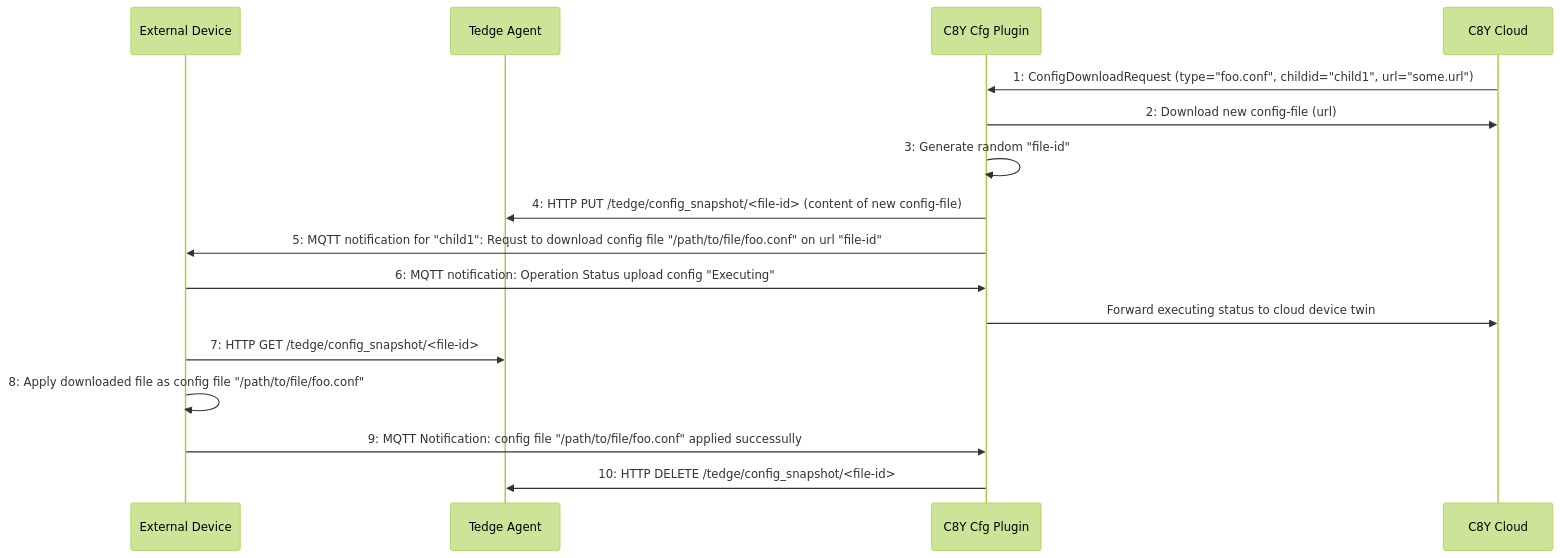
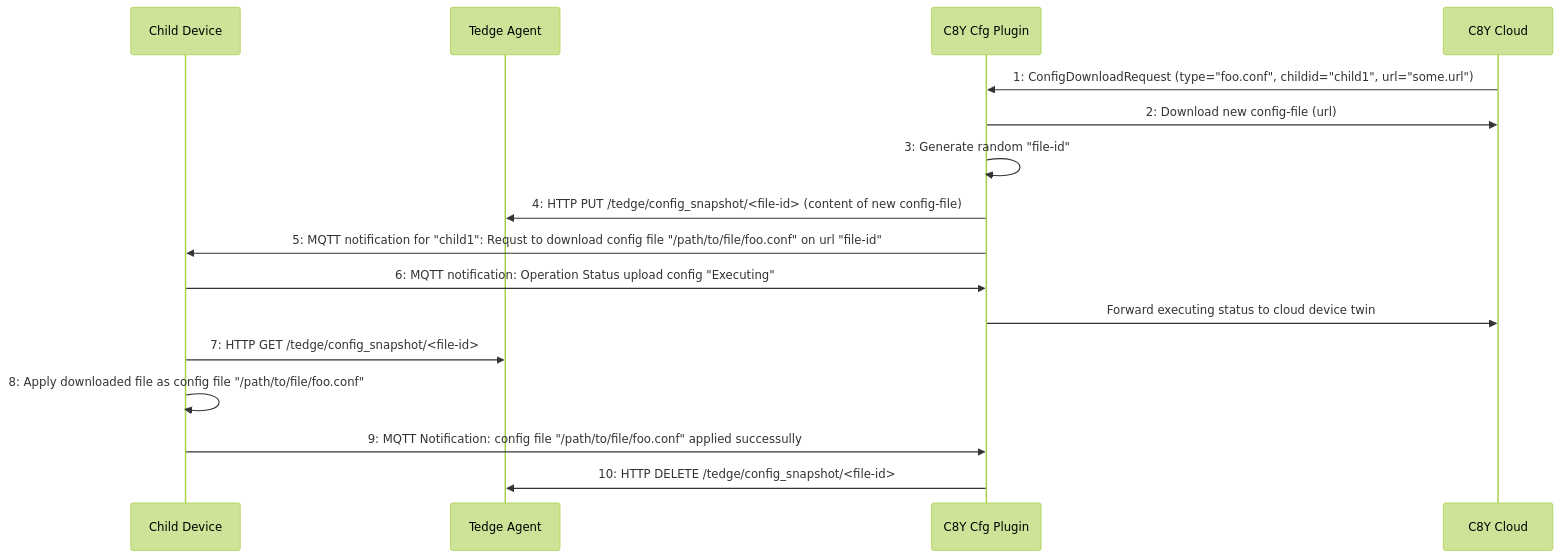
Before and after one commit to thin-edge/thin-edge.io: the second of 2 diagrams in docs/src/references/c8y-configuration-management.md, drawn with Mermaid (forest theme). The commit also changed other lines of this file, not shown here.

Commit message:
Replace 'External Device' with 'Child Device'

````diff
--- a/docs/src/references/c8y-configuration-management.md
+++ b/docs/src/references/c8y-configuration-management.md
@@ -363,24 +363,24 @@
 ```mermaid
 sequenceDiagram
-    participant External Device
+    participant Child Device
     participant Tedge Agent
     participant C8Y Cfg Plugin
     participant C8Y Cloud
     
 
         C8Y Cloud->>C8Y Cfg Plugin: 1: ConfigDownloadRequest (type="foo.conf", childid="child1", url="some.url")
         C8Y Cfg Plugin->>C8Y Cloud: 2: Download new config-file (url)
 
         C8Y Cfg Plugin->>C8Y Cfg Plugin: 3: Generate random "file-id"     
         C8Y Cfg Plugin->>Tedge Agent: 4: HTTP PUT /tedge/config_snapshot/<file-id> (content of new config-file)
 
-        C8Y Cfg Plugin->>External Device: 5: MQTT notification for "child1": Requst to download config file "/path/to/file/foo.conf" on url "file-id"
+        C8Y Cfg Plugin->>Child Device: 5: MQTT notification for "child1": Requst to download config file "/path/to/file/foo.conf" on url "file-id"
 
-        External Device->>C8Y Cfg Plugin: 6: MQTT notification: Operation Status upload config "Executing" 
+        Child Device->>C8Y Cfg Plugin: 6: MQTT notification: Operation Status upload config "Executing" 
         C8Y Cfg Plugin->>C8Y Cloud: Forward executing status to cloud device twin
 
-        External Device->>Tedge Agent: 7: HTTP GET /tedge/config_snapshot/<file-id>
-        External Device->>External Device: 8: Apply downloaded file as config file "/path/to/file/foo.conf"
-        External Device->>C8Y Cfg Plugin: 9: MQTT Notification: config file "/path/to/file/foo.conf" applied successully
+        Child Device->>Tedge Agent: 7: HTTP GET /tedge/config_snapshot/<file-id>
+        Child Device->>Child Device: 8: Apply downloaded file as config file "/path/to/file/foo.conf"
+        Child Device->>C8Y Cfg Plugin: 9: MQTT Notification: config file "/path/to/file/foo.conf" applied successully
         C8Y Cfg Plugin->>Tedge Agent: 10: HTTP DELETE /tedge/config_snapshot/<file-id>
 ```
````
